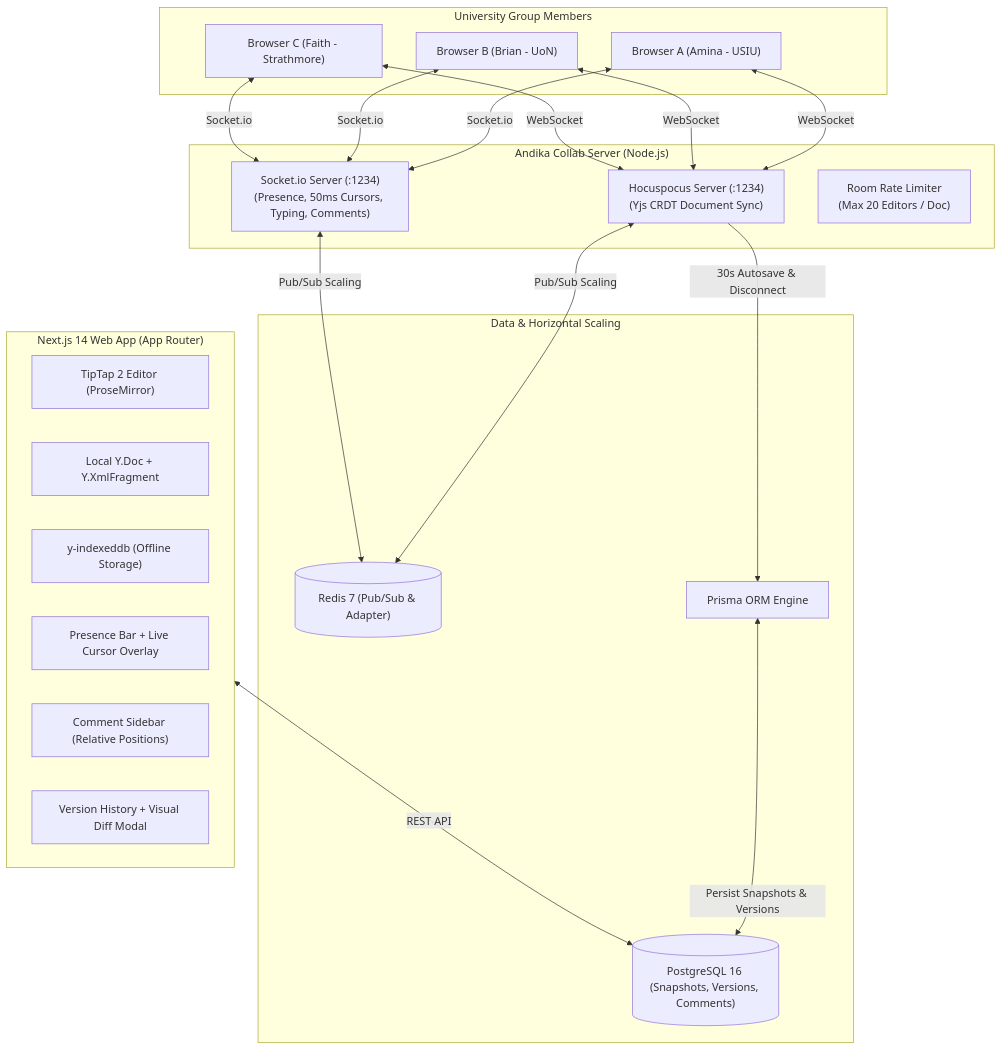
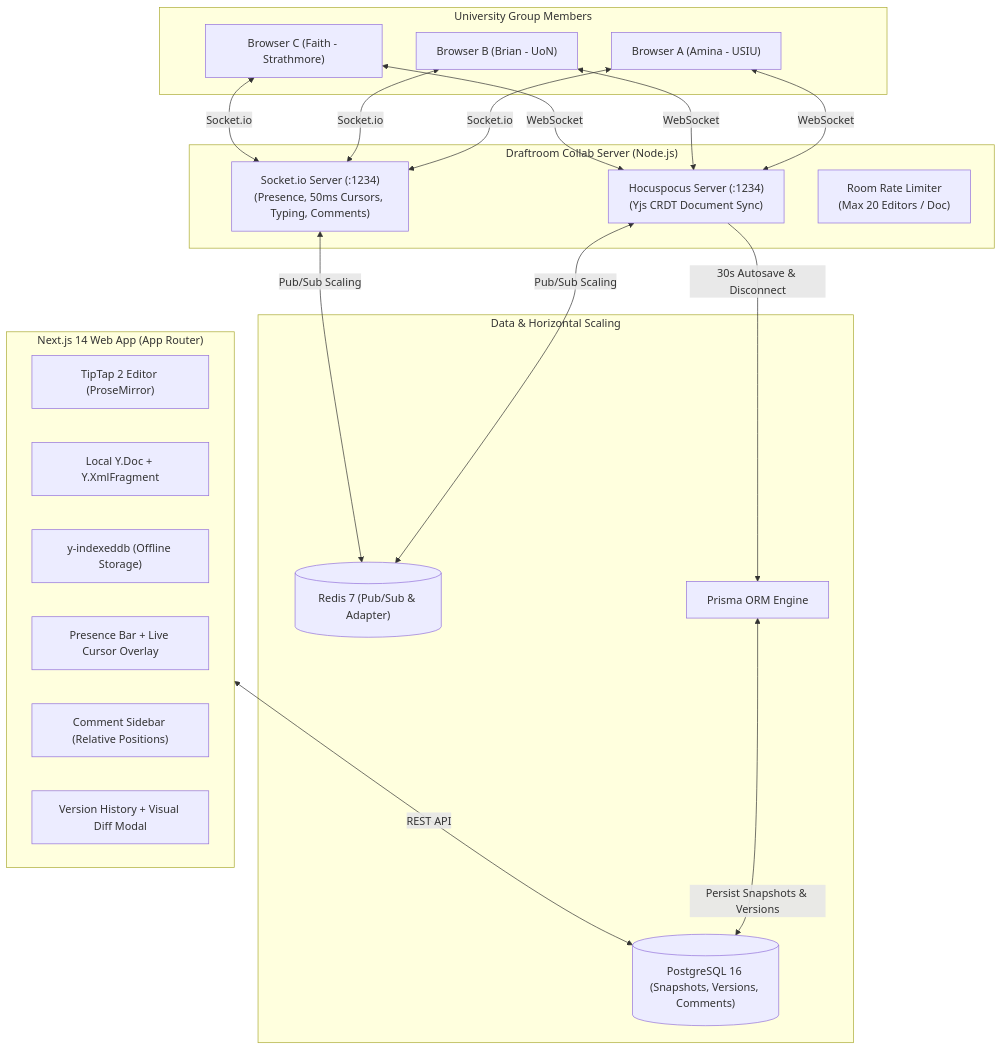
The diagram in README.md (crnjihia/draftroom-live), drawn with Mermaid before and after one commit. The commit also changed other lines of this file and 35 other files, not shown here.

Commit message:
chore: rename project from Andika Live to Draftroom Live

````diff
--- a/README.md
+++ b/README.md
@@ -11,43 +11,43 @@
 ```mermaid
 flowchart TD
     subgraph Clients["University Group Members"]
         ClientA["Browser A (Amina - USIU)"]
         ClientB["Browser B (Brian - UoN)"]
         ClientC["Browser C (Faith - Strathmore)"]
     end
 
     subgraph WebApp["Next.js 14 Web App (App Router)"]
         Editor["TipTap 2 Editor (ProseMirror)"]
         YjsDoc["Local Y.Doc + Y.XmlFragment"]
         IndexedDB["y-indexeddb (Offline Storage)"]
         PresenceUI["Presence Bar + Live Cursor Overlay"]
         CommentUI["Comment Sidebar (Relative Positions)"]
         DiffUI["Version History + Visual Diff Modal"]
     end
 
-    subgraph CollabServer["Andika Collab Server (Node.js)"]
+    subgraph CollabServer["Draftroom Collab Server (Node.js)"]
         Hocuspocus["Hocuspocus Server (:1234)<br/>(Yjs CRDT Document Sync)"]
         SocketIO["Socket.io Server (:1234)<br/>(Presence, 50ms Cursors, Typing, Comments)"]
         RateLimiter["Room Rate Limiter<br/>(Max 20 Editors / Doc)"]
     end
 
     subgraph ScalingData["Data & Horizontal Scaling"]
         Redis[("Redis 7 (Pub/Sub & Adapter)")]
         Postgres[("PostgreSQL 16 (Snapshots, Versions, Comments)")]
         Prisma["Prisma ORM Engine"]
     end
 
     ClientA <-->|WebSocket| Hocuspocus
     ClientA <-->|Socket.io| SocketIO
     ClientB <-->|WebSocket| Hocuspocus
     ClientB <-->|Socket.io| SocketIO
     ClientC <-->|WebSocket| Hocuspocus
     ClientC <-->|Socket.io| SocketIO
 
     Hocuspocus <-->|Pub/Sub Scaling| Redis
     SocketIO <-->|Pub/Sub Scaling| Redis
 
     Hocuspocus -->|30s Autosave & Disconnect| Prisma
     Prisma <-->|Persist Snapshots & Versions| Postgres
     WebApp <-->|REST API| Postgres
 ```
````
